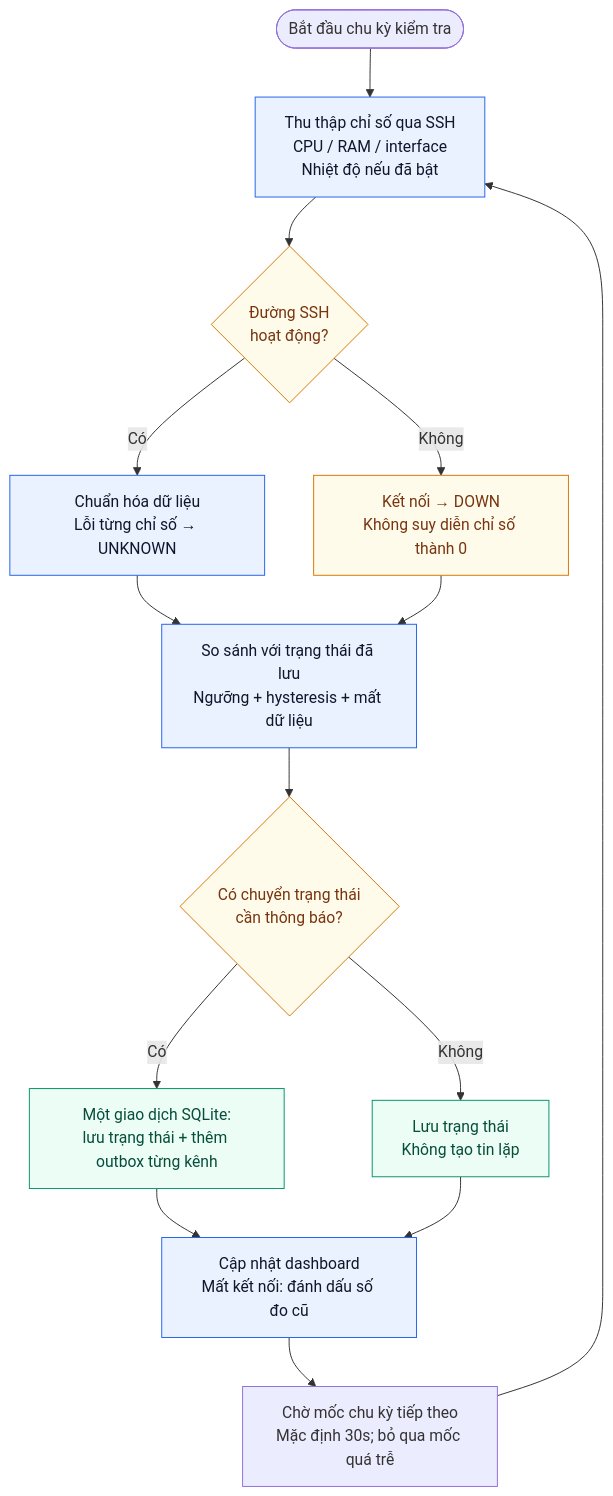
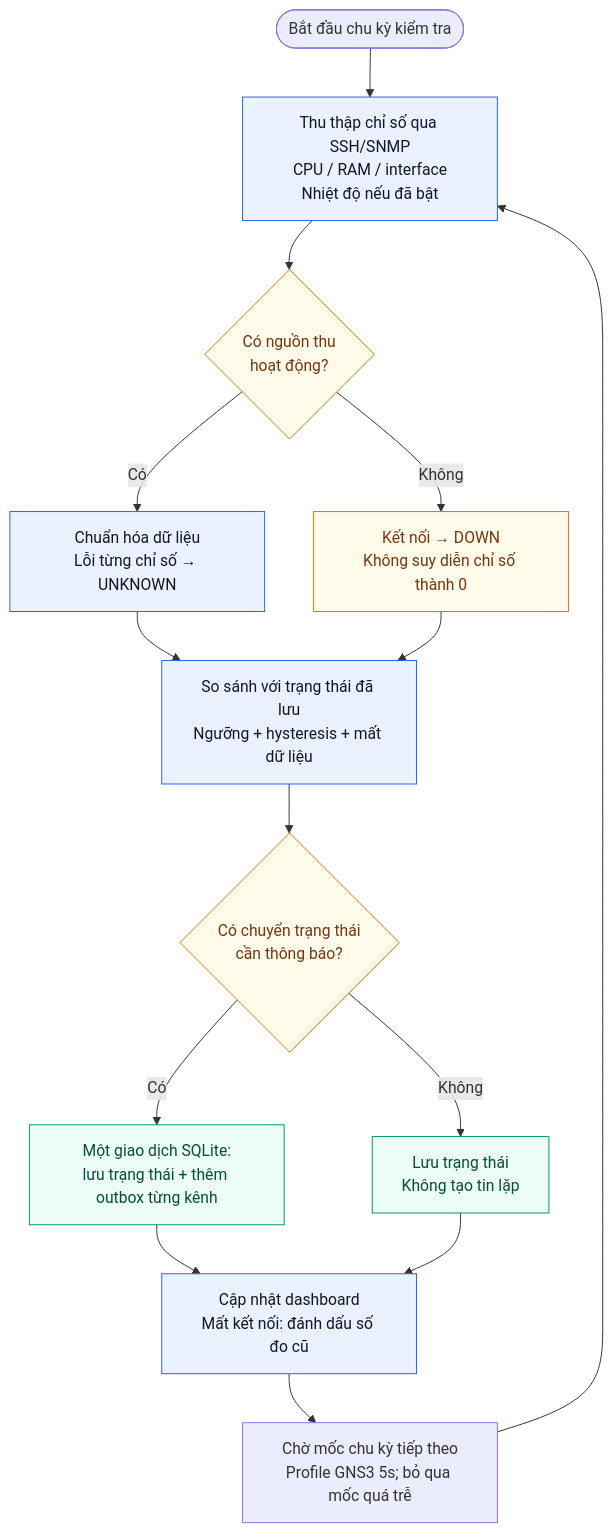
One commit to tunato2807-del/qtmnc changed the fourth of 8 diagrams in docs/diagrams/SO_DO_MERMAID.md. Above: the diagram before and after it, drawn with Mermaid. The commit also changed other lines of this file and 68 other files, not shown here.

Commit message:
Rebuild monitoring project for GNS3 SSH SNMP lab with detailed Windows guide

````diff
--- a/docs/diagrams/SO_DO_MERMAID.md
+++ b/docs/diagrams/SO_DO_MERMAID.md
@@ -124,27 +99,27 @@
 ```mermaid
 flowchart TB
     start(["Bắt đầu chu kỳ kiểm tra"])
-    read["Thu thập chỉ số qua SSH<br/>CPU / RAM / interface<br/>Nhiệt độ nếu đã bật"]
-    connected{"Đường SSH<br/>hoạt động?"}
+    read["Thu thập chỉ số qua SSH/SNMP<br/>CPU / RAM / interface<br/>Nhiệt độ nếu đã bật"]
+    connected{"Có nguồn thu<br/>hoạt động?"}
     parse["Chuẩn hóa dữ liệu<br/>Lỗi từng chỉ số → UNKNOWN"]
     down["Kết nối → DOWN<br/>Không suy diễn chỉ số thành 0"]
     evaluate["So sánh với trạng thái đã lưu<br/>Ngưỡng + hysteresis + mất dữ liệu"]
     change{"Có chuyển trạng thái<br/>cần thông báo?"}
     tx["Một giao dịch SQLite:<br/>lưu trạng thái + thêm outbox từng kênh"]
     state["Lưu trạng thái<br/>Không tạo tin lặp"]
     ui["Cập nhật dashboard<br/>Mất kết nối: đánh dấu số đo cũ"]
-    wait["Chờ mốc chu kỳ tiếp theo<br/>Mặc định 30s; bỏ qua mốc quá trễ"]
+    wait["Chờ mốc chu kỳ tiếp theo<br/>Profile GNS3 5s; bỏ qua mốc quá trễ"]
     start --> read --> connected
     connected -->|"Có"| parse --> evaluate
     connected -->|"Không"| down --> evaluate
     evaluate --> change
     change -->|"Có"| tx --> ui
     change -->|"Không"| state --> ui
     ui --> wait --> read
     classDef normal fill:#eaf2ff,stroke:#2563eb,color:#0f172a;
     classDef warning fill:#fffbeb,stroke:#d97706,color:#78350f;
     classDef database fill:#ecfdf5,stroke:#059669,color:#064e3b;
     class read,parse,evaluate,ui normal;
     class down,connected,change warning;
     class tx,state database;
 ```
````
